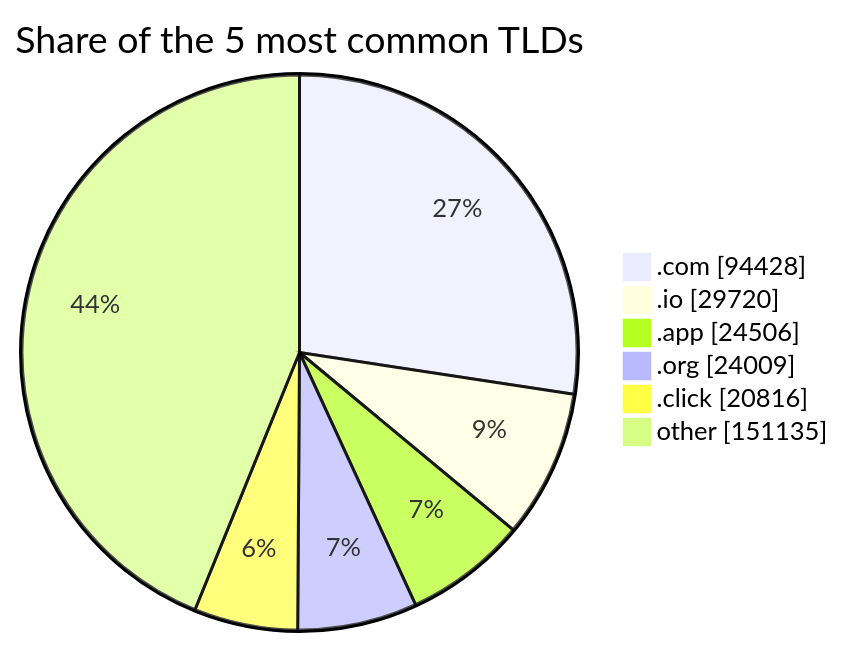
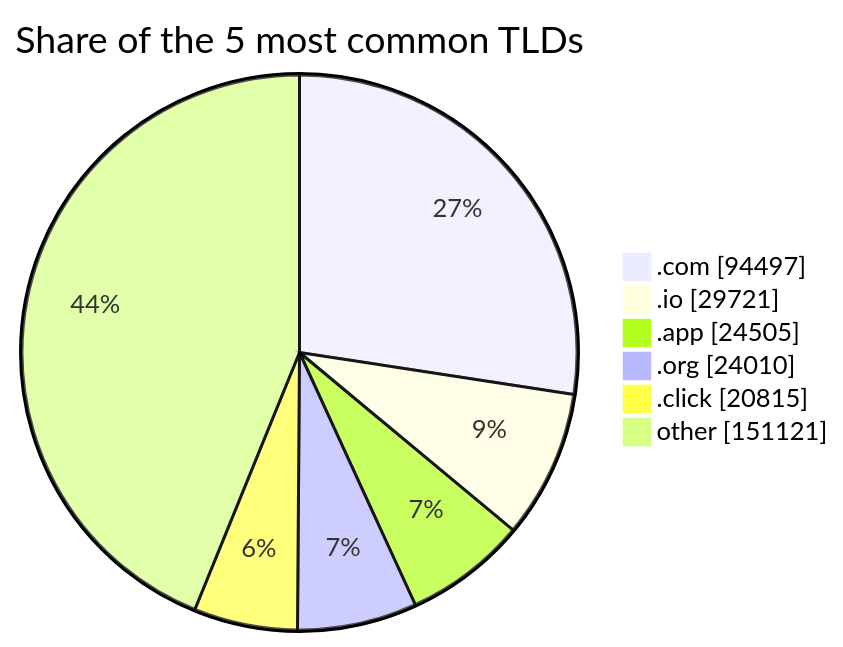
One commit to DNSBunker/CTI changed the third of 3 diagrams in README.md. Above: the diagram before and after it, drawn with Mermaid. The commit also changed other lines of this file and 3 other files, not shown here.

````diff
--- a/README.md
+++ b/README.md
@@ -81,9 +81,9 @@
 ```mermaid
 pie showData title Share of the 5 most common TLDs
-    ".com" : 94428
-    ".io" : 29720
-    ".app" : 24506
-    ".org" : 24009
-    ".click" : 20816
-    "other" : 151135
+    ".com" : 94497
+    ".io" : 29721
+    ".app" : 24505
+    ".org" : 24010
+    ".click" : 20815
+    "other" : 151121
 ```
````
